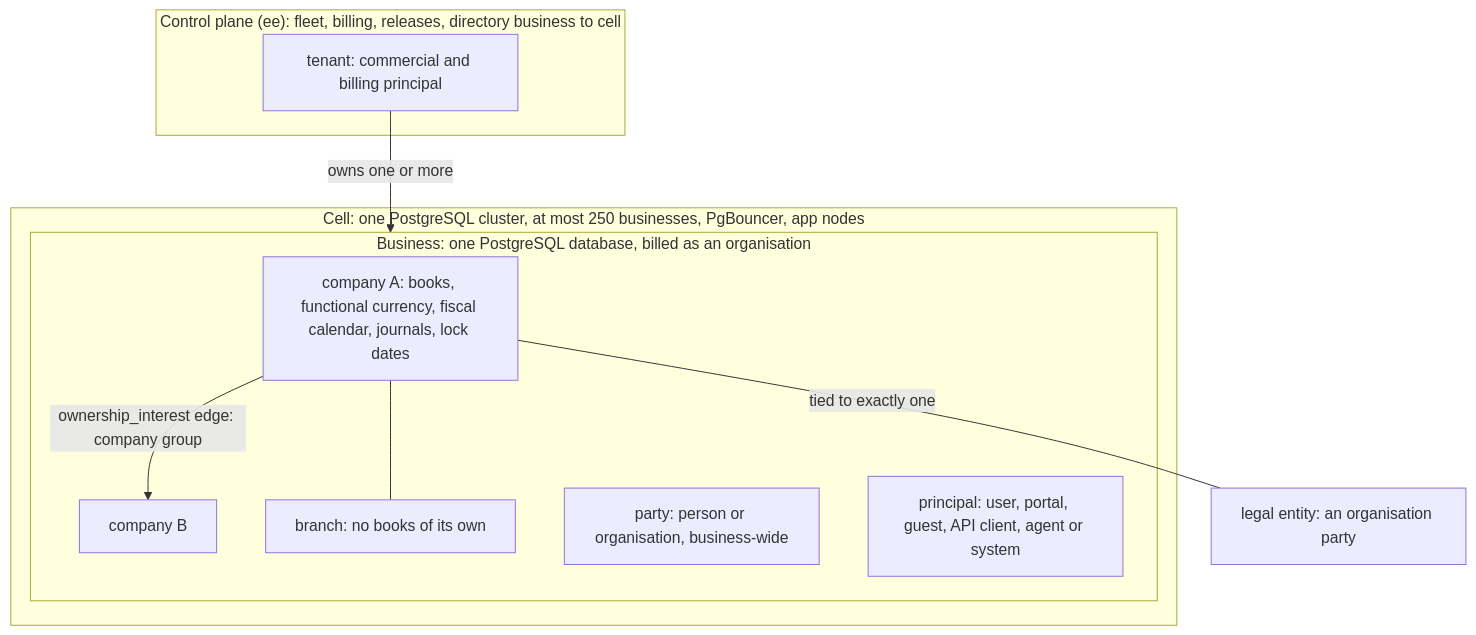
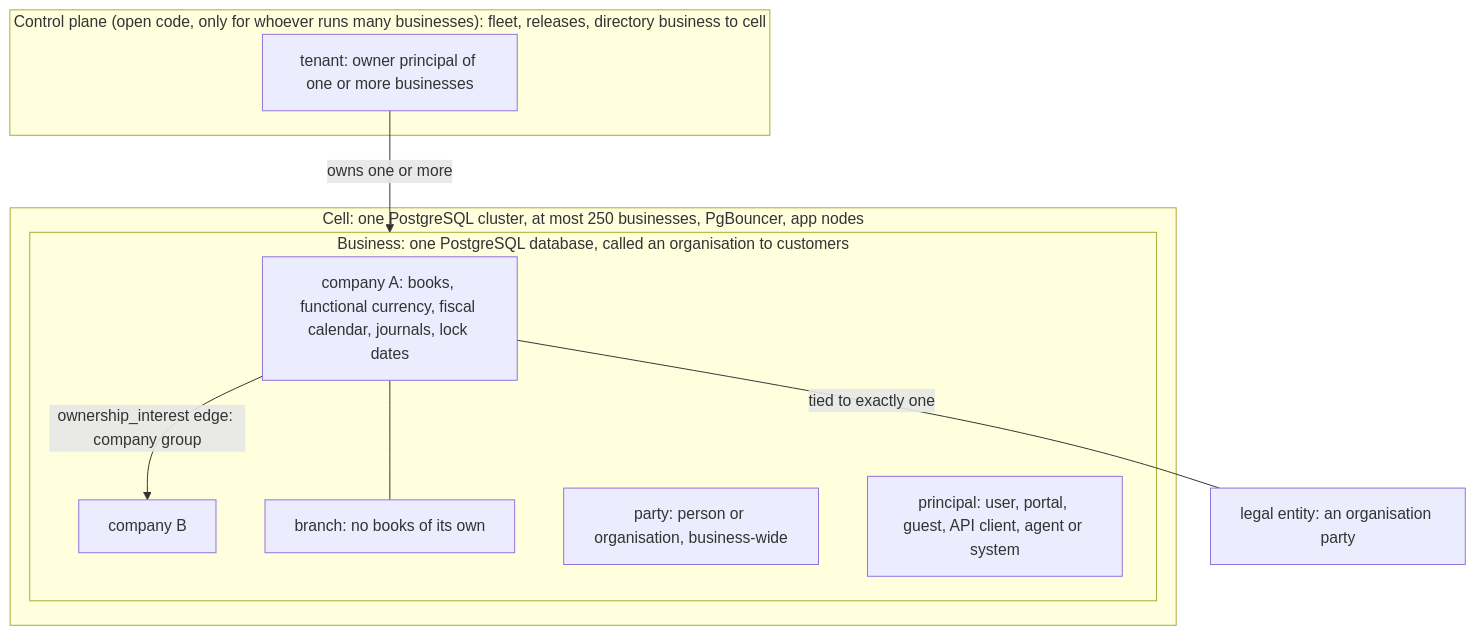
Before and after one commit to SpaceCorps/obop: the diagram in docs/GLOSSARY.md, drawn with Mermaid. The commit also changed other lines of this file and 8 other files, not shown here.

````diff
--- a/docs/GLOSSARY.md
+++ b/docs/GLOSSARY.md
@@ -30,20 +31,20 @@
 ```mermaid
 flowchart TB
-  subgraph CP["Control plane (ee): fleet, billing, releases, directory business to cell"]
-    T["tenant: commercial and billing principal"]
+  subgraph CP["Control plane (open code, only for whoever runs many businesses): fleet, releases, directory business to cell"]
+    T["tenant: owner principal of one or more businesses"]
   end
   subgraph CELL["Cell: one PostgreSQL cluster, at most 250 businesses, PgBouncer, app nodes"]
-    subgraph B["Business: one PostgreSQL database, billed as an organisation"]
+    subgraph B["Business: one PostgreSQL database, called an organisation to customers"]
       C1["company A: books, functional currency, fiscal calendar, journals, lock dates"]
       C2["company B"]
       BR["branch: no books of its own"]
       P["party: person or organisation, business-wide"]
       PR["principal: user, portal, guest, API client, agent or system"]
     end
   end
   LE["legal entity: an organisation party"]
   T -->|"owns one or more"| B
   C1 -->|"ownership_interest edge: company group"| C2
   C1 --- BR
   C1 ---|"tied to exactly one"| LE
 ```
````
